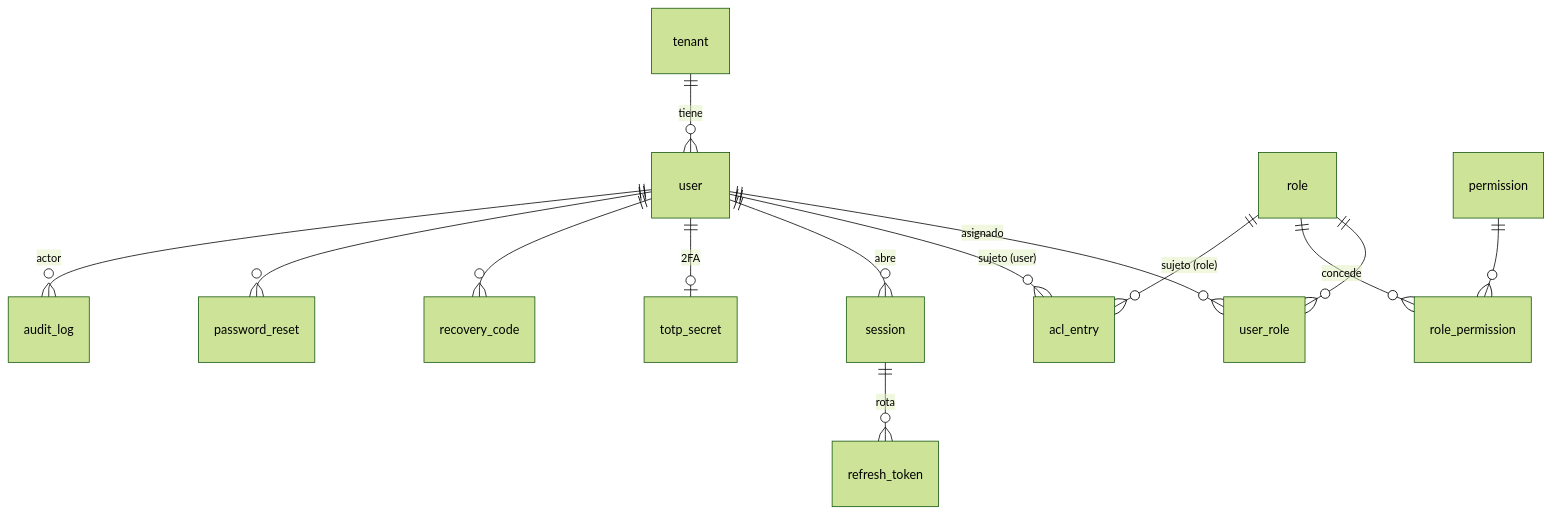
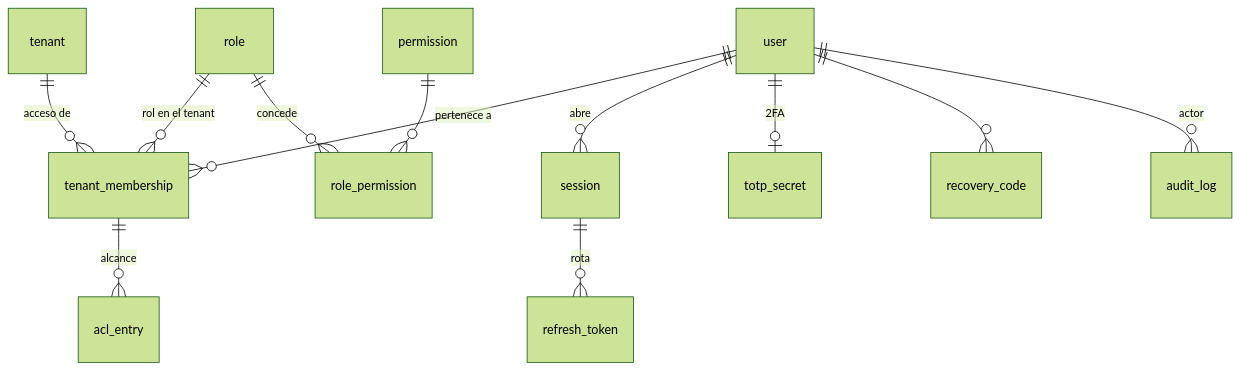
The first of 4 diagrams in docs/database.md (HCDestroyer/horus-flow), drawn with Mermaid (forest theme) before and after one commit. The commit also changed other lines of this file and 12 other files, not shown here.

````diff
--- a/docs/database.md
+++ b/docs/database.md
@@ -102,16 +158,14 @@
 ```mermaid
 erDiagram
-  tenant ||--o{ user : tiene
-  user ||--o{ user_role : asignado
-  role ||--o{ user_role : ""
+  tenant ||--o{ tenant_membership : "acceso de"
+  user ||--o{ tenant_membership : "pertenece a"
+  role ||--o{ tenant_membership : "rol en el tenant"
   role ||--o{ role_permission : concede
   permission ||--o{ role_permission : ""
-  user ||--o{ acl_entry : "sujeto (user)"
-  role ||--o{ acl_entry : "sujeto (role)"
+  tenant_membership ||--o{ acl_entry : "alcance"
   user ||--o{ session : abre
   session ||--o{ refresh_token : rota
   user ||--o| totp_secret : "2FA"
   user ||--o{ recovery_code : ""
-  user ||--o{ password_reset : ""
   user ||--o{ audit_log : "actor"
 ```
````
